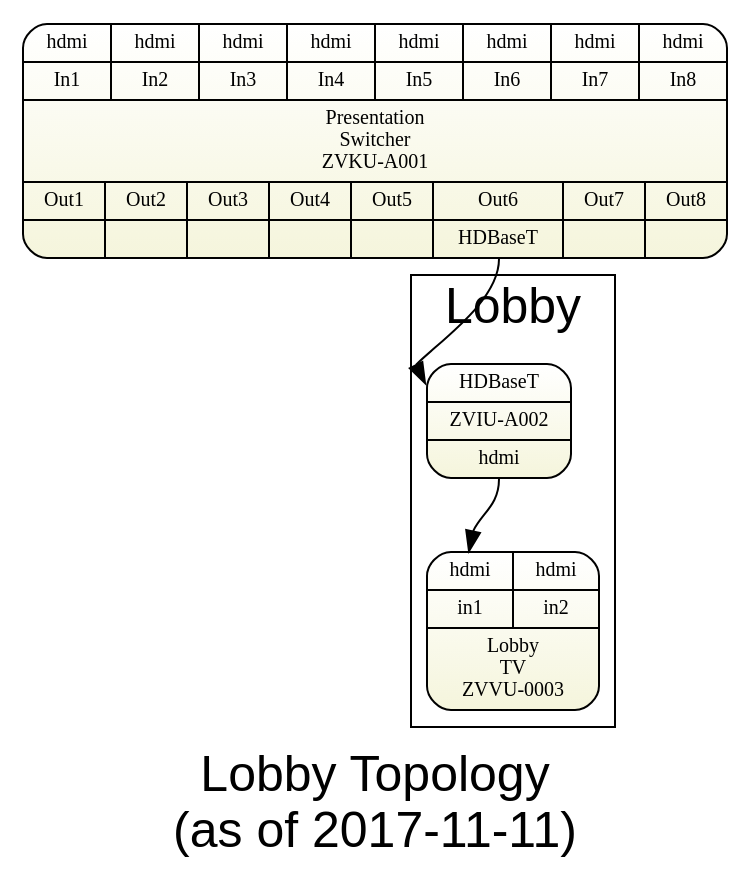
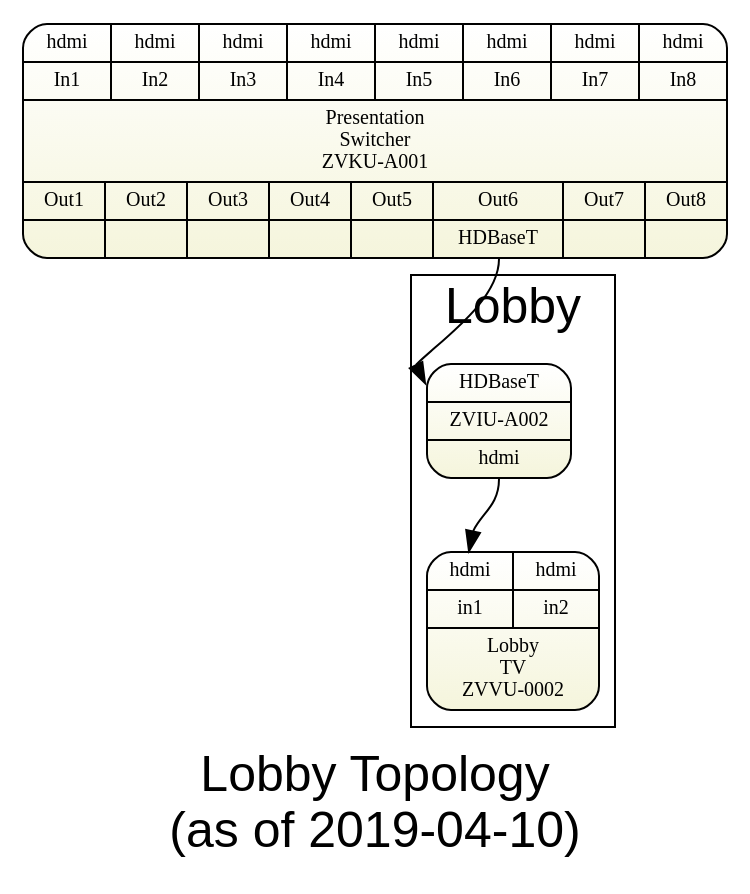
Before and after one commit to avmaint/uactechdoc: the diagram in sdv-topology3-lobby.gv, drawn with Graphviz. The commit also changed 3 other files, not shown here.

```diff
--- a/sdv-topology3-lobby.gv
+++ b/sdv-topology3-lobby.gv
@@ -1,23 +1,23 @@
 digraph lobby { 
 graph [overlap = true, fontsize = 25, rankdir=TB
-      label="Lobby Topology\n(as of 2017-11-11)",
+      label="Lobby Topology\n(as of 2019-04-10)",
       fontname = Helvetica]
  
 node [shape=Mrecord, style=filled , fillcolor="white:beige" ,fontsize = 10, 
       gradientangle=270]
 pswitch [label="{
   {{<i1>hdmi|In1}|{<i2>hdmi|In2}|{<i3>hdmi|In3}|{<i4>hdmi|In4}|{<i5>hdmi|In5}|{<i6>hdmi|In6}|{<i7>hdmi|In7}|{<i8>hdmi|In8}}
   |{Presentation\nSwitcher\nZVKU-A001}|
   {{Out1|<o1>}|{Out2|<o2>}|{Out3|<o3>}|{Out4|<o4>}|{Out5|<o5>}|{Out6|<o6>HDBaseT}|{Out7|<o7>}|{Out8|<o8>}}  
   }"]
   
 node [  tooltip="" ]
 
 subgraph cluster_lobby { label="Lobby" 
   c62hdmi1   [label="{<i>HDBaseT|ZVIU-A002|<o>hdmi}", tooltip="In lobby"]
-  lobbytv  [label="{ {{<i1>hdmi|in1} | {<i2>hdmi|in2}}|Lobby\nTV\nZVVU-0003}"]
+  lobbytv  [label="{ {{<i1>hdmi|in1} | {<i2>hdmi|in2}}|Lobby\nTV\nZVVU-0002}"]
 }
 
 pswitch:o6 -> c62hdmi1:i
 c62hdmi1:o -> lobbytv:i1
 }
```
